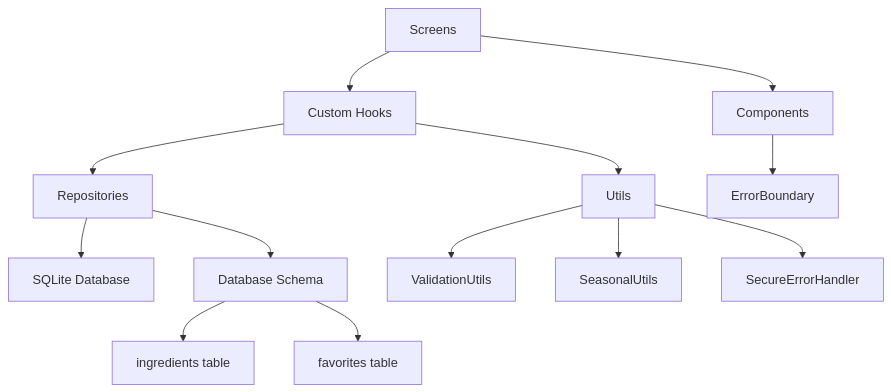
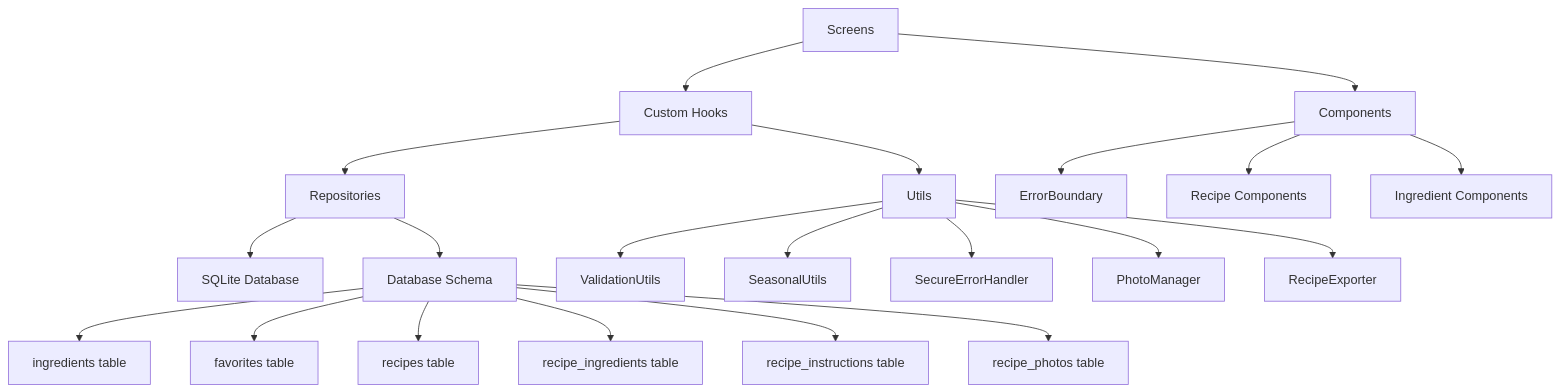
One commit to pierrolalune/CookBook2 changed the diagram in CLAUDE.md. Above: the diagram before and after it, drawn with Mermaid. The commit also changed other lines of this file and 50 other files, not shown here.

````diff
--- a/CLAUDE.md
+++ b/CLAUDE.md
@@ -58,18 +78,26 @@
 ```mermaid
 graph TD
     A[Screens] --> B[Custom Hooks]
     B --> C[Repositories]
     C --> D[SQLite Database]
     
     B --> E[Utils]
     E --> F[ValidationUtils]
     E --> G[SeasonalUtils]
     E --> H[SecureErrorHandler]
+    E --> I[PhotoManager]
+    E --> J[RecipeExporter]
     
-    A --> I[Components]
-    I --> J[ErrorBoundary]
+    A --> K[Components]
+    K --> L[ErrorBoundary]
+    K --> M[Recipe Components]
+    K --> N[Ingredient Components]
     
-    C --> K[Database Schema]
-    K --> L[ingredients table]
-    K --> M[favorites table]
+    C --> O[Database Schema]
+    O --> P[ingredients table]
+    O --> Q[favorites table]
+    O --> R[recipes table]
+    O --> S[recipe_ingredients table]
+    O --> T[recipe_instructions table]
+    O --> U[recipe_photos table]
 ```
````
